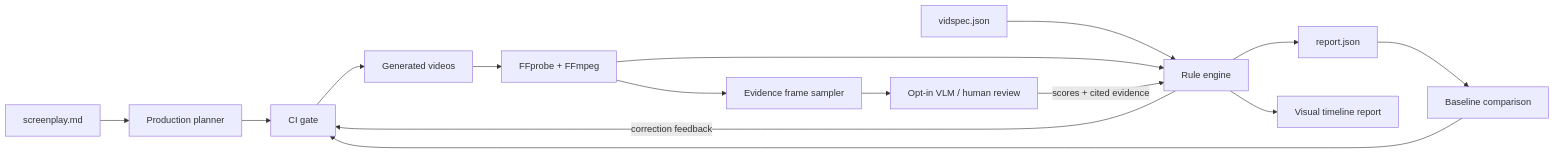
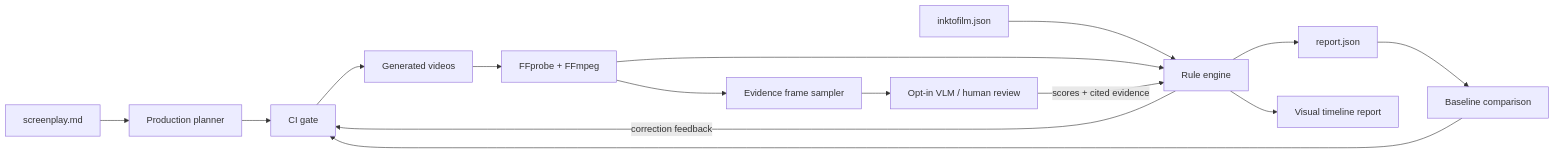
Before and after one commit to yingwang/inktofilm: the diagram in README.md, drawn with Mermaid. The commit also changed other lines of this file and 17 other files, not shown here.

````diff
--- a/README.md
+++ b/README.md
@@ -323,17 +326,17 @@
 ```mermaid
 flowchart LR
     S[screenplay.md] --> P[Production planner]
     P --> G[Video generator]
     G --> V[Generated videos]
-    Q[vidspec.json] --> R[Rule engine]
+    Q[inktofilm.json] --> R[Rule engine]
     V[Generated videos] --> F[FFprobe + FFmpeg]
     F --> FS[Evidence frame sampler]
     F --> R
     FS --> E[Opt-in VLM / human review]
     E -->|scores + cited evidence| R
     R -->|correction feedback| G
     R --> J[report.json]
     R --> H[Visual timeline report]
     J --> C[Baseline comparison]
     C --> G[CI gate]
 ```
````
